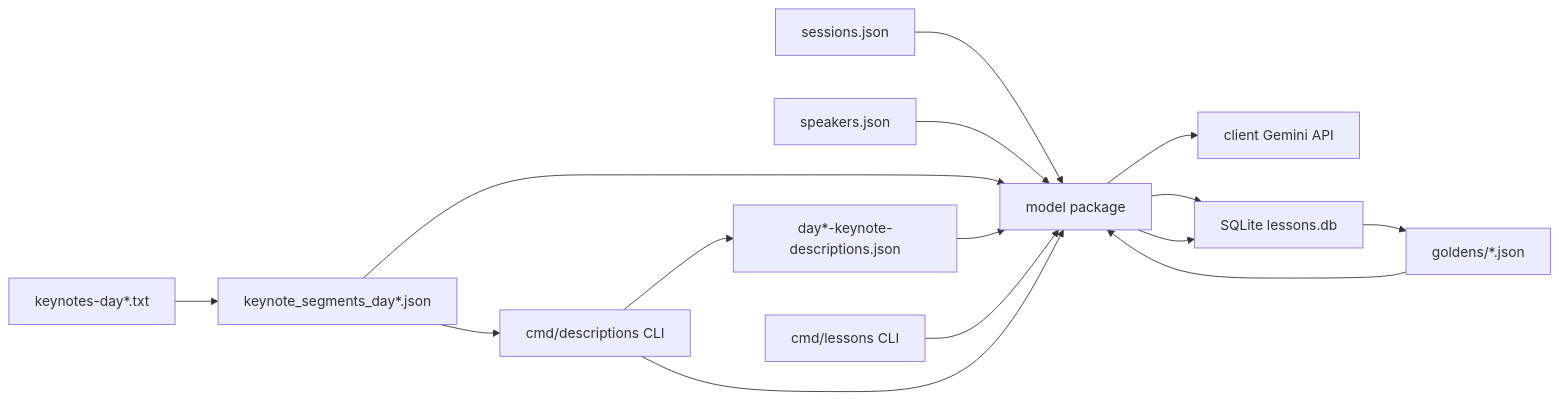
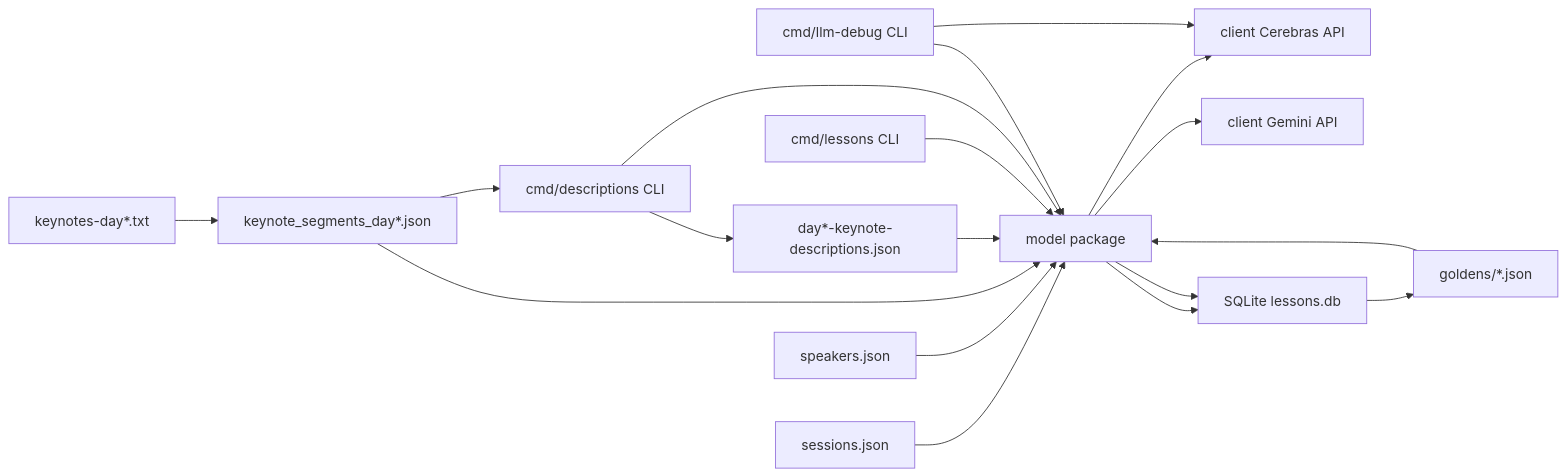
Before and after one commit to johnpfeiffer/aiewf: the first of 3 diagrams in architecture.md, drawn with Mermaid. The commit also changed other lines of this file and 20 other files, not shown here.

Commit message:
finally found better vendors and models for generation and judge, improved the judge prompt, created 1 happy path and 1 edge case golden fixture, added a CLI llm-debug

````diff
--- a/architecture.md
+++ b/architecture.md
@@ -96,29 +96,34 @@
 ```mermaid
 flowchart LR
   sessions["sessions.json"]
   speakers["speakers.json"]
   rawtx["keynotes-day*.txt"]
   segments["keynote_segments_day*.json"]
   descjson["day*-keynote-descriptions.json"]
   cmd["cmd/lessons CLI"]
   desc["cmd/descriptions CLI"]
+  debug["cmd/llm-debug CLI"]
   model["model package"]
-  client["client Gemini API"]
+  cerebras["client Cerebras API"]
+  gemini["client Gemini API"]
   sqlite["SQLite lessons.db"]
   goldens["goldens/*.json"]
 
   sessions --> model
   speakers --> model
   rawtx --> segments
   segments --> model
   segments --> desc
   descjson --> model
   cmd --> model
   desc --> model
-  model --> client
+  debug --> model
+  model --> cerebras
+  model --> gemini
+  debug --> cerebras
   model --> sqlite
   sqlite --> goldens
   goldens --> model
   model --> sqlite
   desc --> descjson
 ```
````
